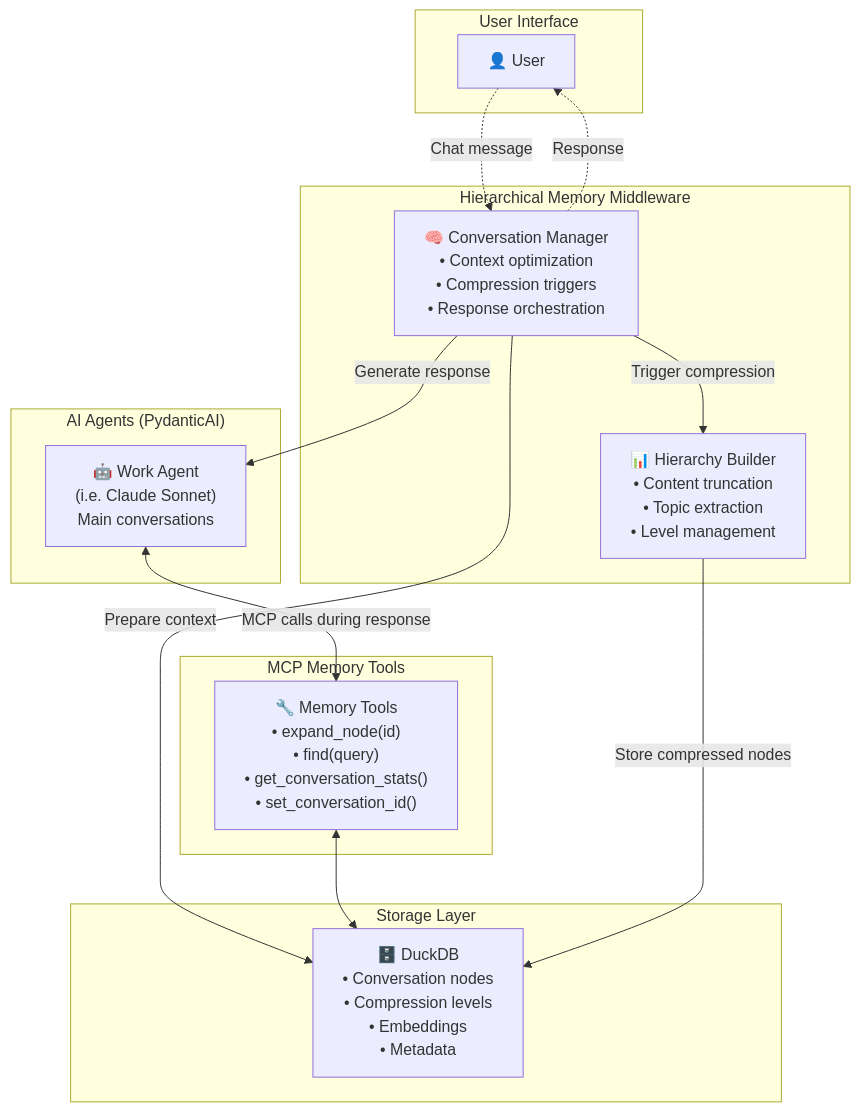
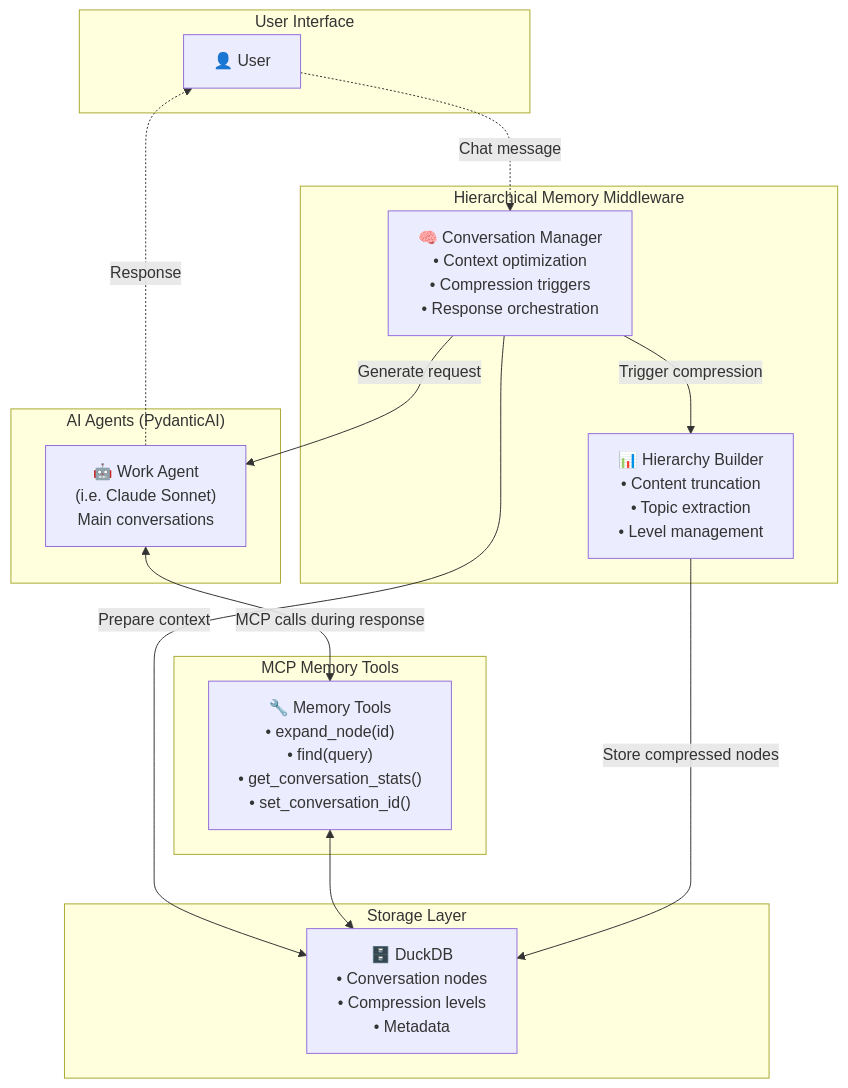
The third of 3 diagrams in README.md (danielpodrazka/hierarchical-memory-middleware), drawn with Mermaid before and after one commit.

Commit message:
Fix logic in the graph

````diff
--- a/README.md
+++ b/README.md
@@ -248,32 +248,32 @@
 ```mermaid
 graph TB
     subgraph "User Interface"
         User[👤 User]
     end
 
     subgraph "Hierarchical Memory Middleware"
         CM["🧠 Conversation Manager<br/>• Context optimization<br/>• Compression triggers<br/>• Response orchestration"]
         HB["📊 Hierarchy Builder<br/>• Content truncation<br/>• Topic extraction<br/>• Level management"]
     end
 
     subgraph "AI Agents (PydanticAI)"
         Work["🤖 Work Agent<br/>(i.e. Claude Sonnet)<br/>Main conversations"]
     end
 
     subgraph "Storage Layer"
-        DB["🗄️ DuckDB<br/>• Conversation nodes<br/>• Compression levels<br/>• Embeddings<br/>• Metadata"]
+        DB["🗄️ DuckDB<br/>• Conversation nodes<br/>• Compression levels<br/>• Metadata"]
     end
 
     subgraph "MCP Memory Tools"
         MCP["🔧 Memory Tools<br/>• expand_node(id)<br/>• find(query)<br/>• get_conversation_stats()<br/>• set_conversation_id()"]
     end
 
     User -.->|"Chat message"| CM
     CM -->|"Prepare context"| DB
-    CM -->|"Generate response"| Work
+    CM -->|"Generate request"| Work
     Work <-->|"MCP calls during response"| MCP
     MCP <--> DB
     CM -->|"Trigger compression"| HB
     HB -->|"Store compressed nodes"| DB
-    CM -.->|"Response"| User
+    Work -.->|"Response"| User
 ```
````
